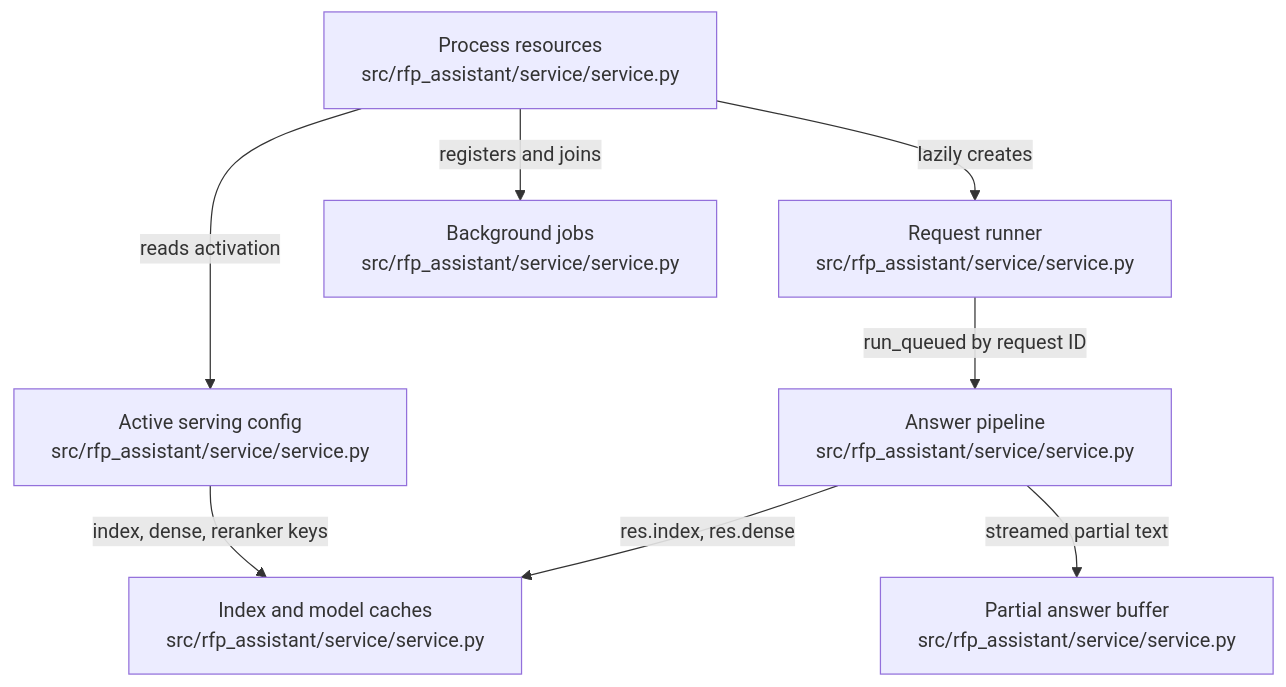
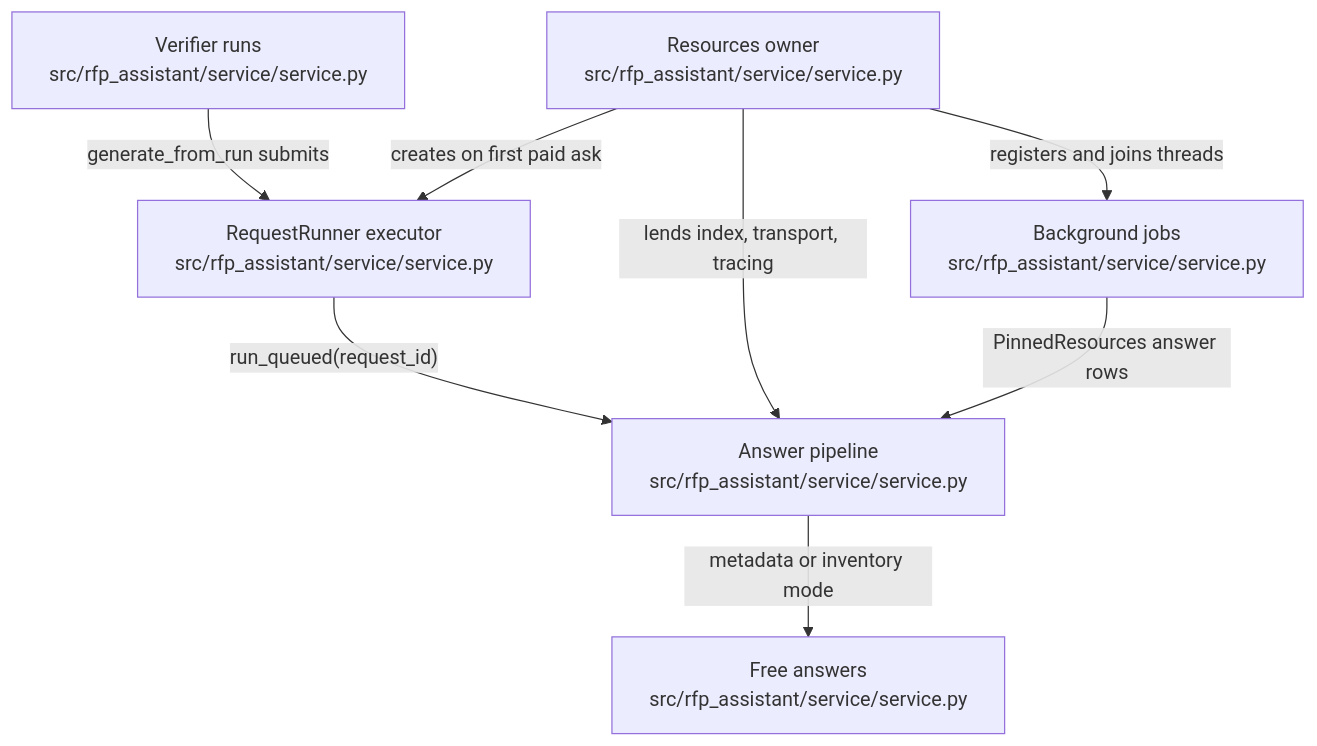
One commit to littleeeeebit/project-codeit-mid changed the diagram in .omm/overall-architecture/service-core/diagram.mmd. Above: the diagram before and after it, drawn with Mermaid. The commit also changed 260 other files, not shown here.

Commit message:
Refresh wiki and architecture before merge

```diff
--- a/.omm/overall-architecture/service-core/diagram.mmd
+++ b/.omm/overall-architecture/service-core/diagram.mmd
@@ -1,8 +1,8 @@
 graph TD
-  resources["Process resources\nsrc/rfp_assistant/service/service.py"] -->|"lazily creates"| request-runner["Request runner\nsrc/rfp_assistant/service/service.py"]
-  resources -->|"reads activation"| active-serving["Active serving config\nsrc/rfp_assistant/service/service.py"]
-  active-serving -->|"index, dense, reranker keys"| model-caches["Index and model caches\nsrc/rfp_assistant/service/service.py"]
-  request-runner -->|"run_queued by request ID"| answer-pipeline["Answer pipeline\nsrc/rfp_assistant/service/service.py"]
-  answer-pipeline -->|"res.index, res.dense"| model-caches
-  answer-pipeline -->|"streamed partial text"| partials-buffer["Partial answer buffer\nsrc/rfp_assistant/service/service.py"]
-  resources -->|"registers and joins"| background-jobs["Background jobs\nsrc/rfp_assistant/service/service.py"]
+  resources["Resources owner\nsrc/rfp_assistant/service/service.py"] -->|"creates on first paid ask"| request-runner["RequestRunner executor\nsrc/rfp_assistant/service/service.py"]
+  request-runner -->|"run_queued(request_id)"| answer-pipeline["Answer pipeline\nsrc/rfp_assistant/service/service.py"]
+  resources -->|"lends index, transport, tracing"| answer-pipeline
+  answer-pipeline -->|"metadata or inventory mode"| free-answers["Free answers\nsrc/rfp_assistant/service/service.py"]
+  verifier-runs["Verifier runs\nsrc/rfp_assistant/service/service.py"] -->|"generate_from_run submits"| request-runner
+  resources -->|"registers and joins threads"| background-jobs["Background jobs\nsrc/rfp_assistant/service/service.py"]
+  background-jobs -->|"PinnedResources answer rows"| answer-pipeline
```
